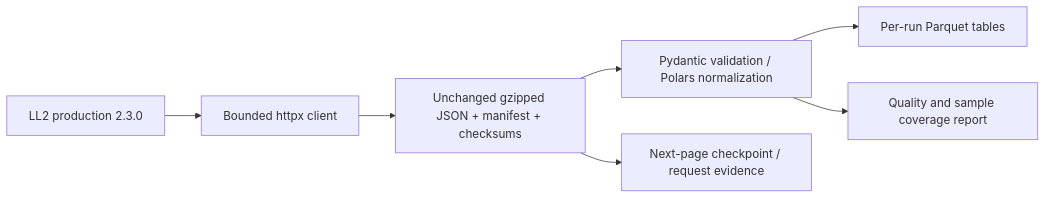
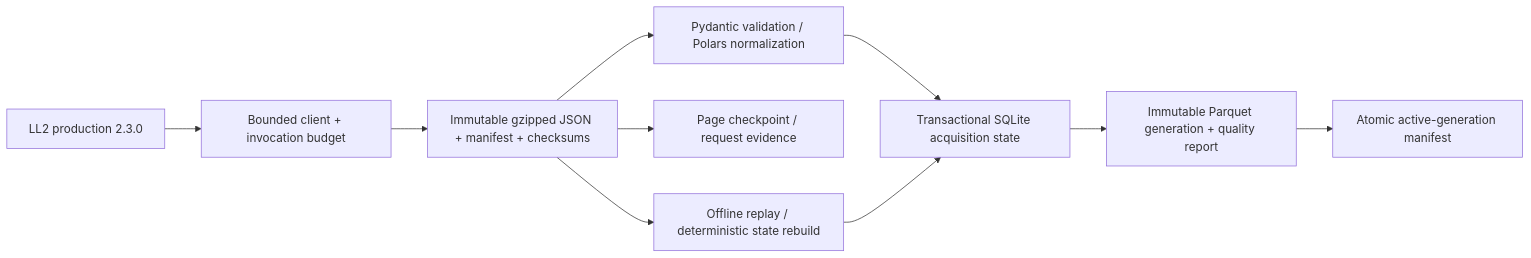
The diagram in ARCHITECTURE.md (RM3006/orbital-pulse), drawn with Mermaid before and after one commit. The commit also changed other lines of this file and 24 other files, not shown here.

````diff
--- a/ARCHITECTURE.md
+++ b/ARCHITECTURE.md
@@ -5,9 +5,12 @@
 ```mermaid
 flowchart LR
-    LL2[LL2 production 2.3.0] --> C[Bounded httpx client]
-    C --> R[Unchanged gzipped JSON + manifest + checksums]
+    LL2[LL2 production 2.3.0] --> C[Bounded client + invocation budget]
+    C --> R[Immutable gzipped JSON + manifest + checksums]
     R --> N[Pydantic validation / Polars normalization]
-    N --> P[Per-run Parquet tables]
-    N --> Q[Quality and sample coverage report]
-    R --> K[Next-page checkpoint / request evidence]
+    N --> S[Transactional SQLite acquisition state]
+    S --> X[Immutable Parquet generation + quality report]
+    X --> A[Atomic active-generation manifest]
+    R --> K[Page checkpoint / request evidence]
+    R --> B[Offline replay / deterministic state rebuild]
+    B --> S
 ```
````
